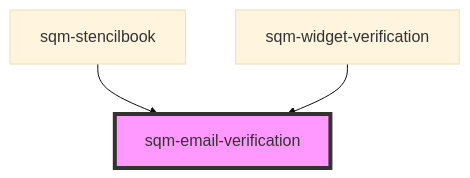
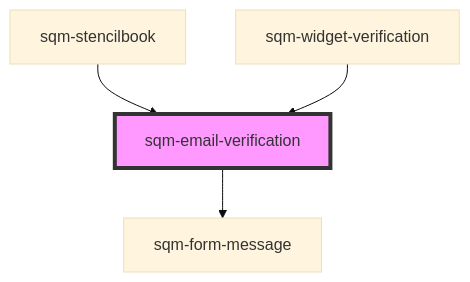
The diagram in packages/mint-components/src/components/sqm-widget-verification/sqm-email-verification/readme.md (saasquatch/program-tools), drawn with Mermaid (base theme) before and after one commit. The commit also changed other lines of this file and 11 other files, not shown here.

````diff
--- a/packages/mint-components/src/components/sqm-widget-verification/sqm-email-verification/readme.md
+++ b/packages/mint-components/src/components/sqm-widget-verification/sqm-email-verification/readme.md
@@ -30,6 +34,7 @@
 ```mermaid
 graph TD;
+  sqm-email-verification --> sqm-form-message
   sqm-stencilbook --> sqm-email-verification
   sqm-widget-verification --> sqm-email-verification
   style sqm-email-verification fill:#f9f,stroke:#333,stroke-width:4px
 ```
````
